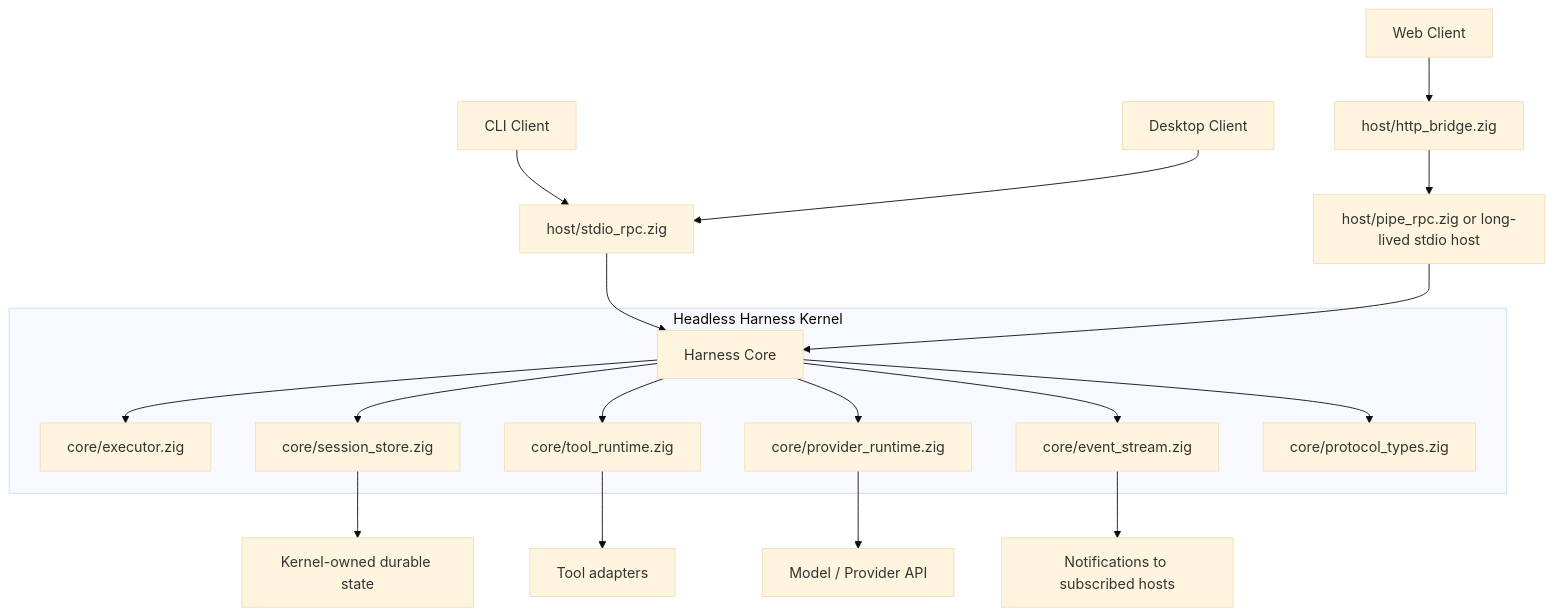
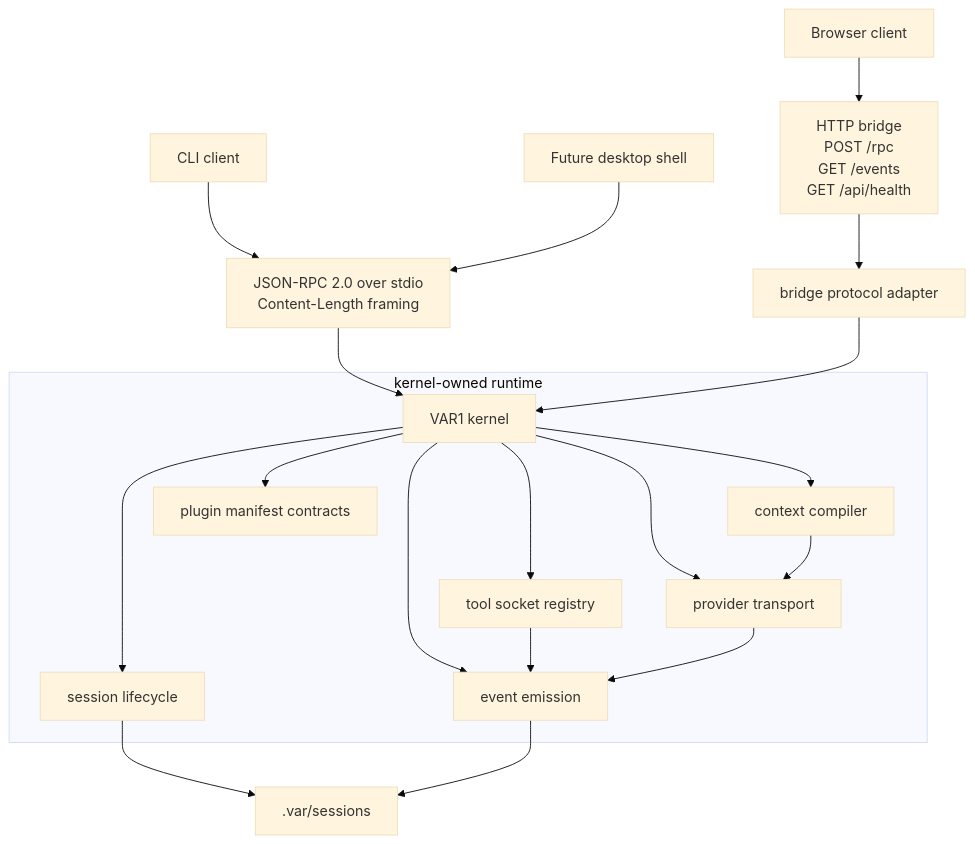
One commit to savageops/VANTARI-ONE changed the first of 3 diagrams in README.md. Above: the diagram before and after it, drawn with Mermaid (base theme). The commit also changed other lines of this file and 12 other files, not shown here.

Commit message:
docs/runtime: publish VAR1 architecture and config contract

````diff
--- a/README.md
+++ b/README.md
@@ -93,28 +31,29 @@
 ```mermaid
 flowchart TB
-  cli["CLI Client"]
-  desktop["Desktop Client"]
-  web["Web Client"]
+  cli["CLI client"]
+  browser["Browser client"]
+  desktop["Future desktop shell"]
 
-  cli --> stdio["host/stdio_rpc.zig"]
+  cli --> stdio["JSON-RPC 2.0 over stdio<br/>Content-Length framing"]
   desktop --> stdio
-  web --> bridge["host/http_bridge.zig"]
-  bridge --> daemon["host/pipe_rpc.zig or long-lived stdio host"]
+  browser --> bridge["HTTP bridge<br/>POST /rpc<br/>GET /events<br/>GET /api/health"]
 
-  stdio --> core["Harness Core"]
-  daemon --> core
+  bridge --> adapter["bridge protocol adapter"]
+  stdio --> kernel["VAR1 kernel"]
+  adapter --> kernel
 
-  subgraph kernel["Headless Harness Kernel"]
-    core --> executor["core/executor.zig"]
-    core --> store["core/session_store.zig"]
-    core --> tools["core/tool_runtime.zig"]
-    core --> provider["core/provider_runtime.zig"]
-    core --> events["core/event_stream.zig"]
-    core --> protocol["core/protocol_types.zig"]
+  subgraph core["kernel-owned runtime"]
+    kernel --> sessions["session lifecycle"]
+    kernel --> context["context compiler"]
+    kernel --> tools["tool socket registry"]
+    kernel --> plugins["plugin manifest contracts"]
+    kernel --> provider["provider transport"]
+    kernel --> events["event emission"]
   end
 
-  tools --> external_tools["Tool adapters"]
-  provider --> model["Model / Provider API"]
-  store --> state["Kernel-owned durable state"]
-  events --> host_events["Notifications to subscribed hosts"]
+  sessions --> ledger[".var/sessions"]
+  context --> provider
+  tools --> events
+  provider --> events
+  events --> ledger
 ```
````
